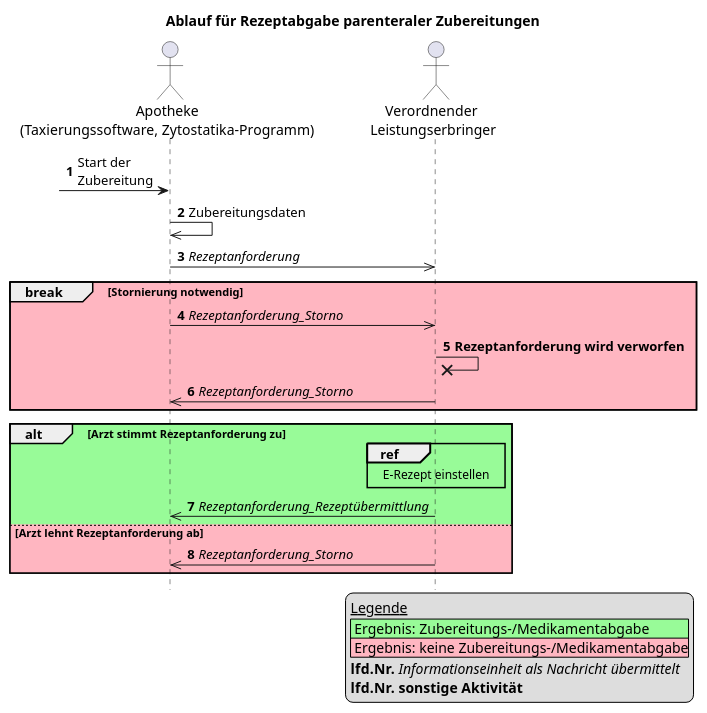
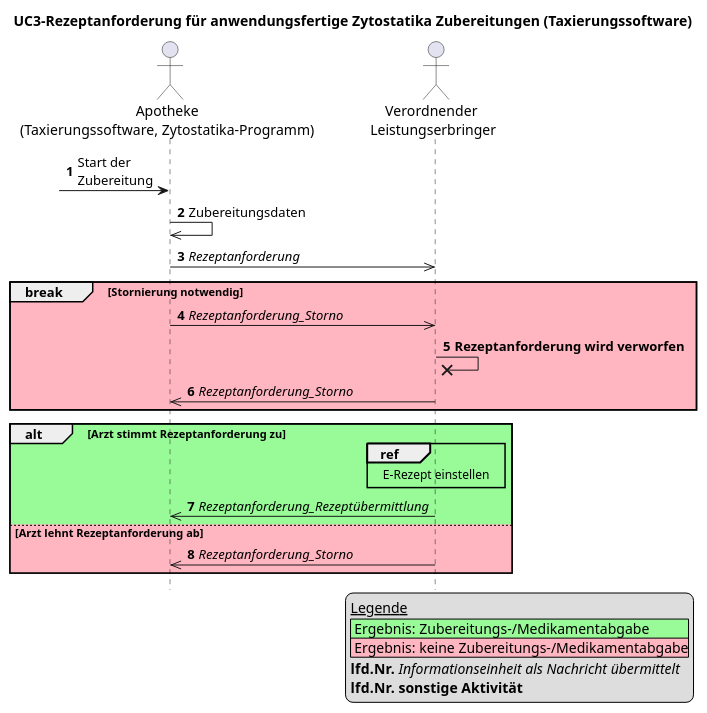
The diagram in Resources/puml/gemF_eRp_KIM/UC3-rezeptanforderung-zytostatika-taxsoftware.puml (gematik/spec-E-Rezept-ServiceRequest), drawn with PlantUML before and after one commit. The commit also changed 5 other files, not shown here.

```diff
--- a/Resources/puml/gemF_eRp_KIM/UC3-rezeptanforderung-zytostatika-taxsoftware.puml
+++ b/Resources/puml/gemF_eRp_KIM/UC3-rezeptanforderung-zytostatika-taxsoftware.puml
@@ -1,47 +1,47 @@
-@startuml name = "Rezeptanforderung-Taxierungssoftware"
+@startuml name = "UC3-Rezeptanforderung-Taxierungssoftware"
 
 
 skinparam maxMessageSize 300
 
-title Ablauf für Rezeptabgabe parenteraler Zubereitungen
+title UC3-Rezeptanforderung für anwendungsfertige Zytostatika Zubereitungen (Taxierungssoftware)
 hide footbox
 autonumber
 
 
 actor "Apotheke\n(Taxierungssoftware, Zytostatika-Programm)" as AVS
 actor "Verordnender \nLeistungserbringer" as Arzt
 
 participant "Primärsystem" as Arzt
 
 
 legend bottom right
     __Legende__
     |<#PaleGreen> Ergebnis: Zubereitungs-/Medikamentabgabe|
     |<#LightPink> Ergebnis: keine Zubereitungs-/Medikamentabgabe|
     **lfd.Nr.** //Informationseinheit als Nachricht übermittelt//
     **lfd.Nr.** **sonstige Aktivität**
 endlegend
 
 ?-> AVS: Start der \nZubereitung
 
 AVS ->> AVS: Zubereitungsdaten
 
 AVS ->> Arzt: //Rezeptanforderung//
 
 break #LightPink Stornierung notwendig
     AVS ->> Arzt: //Rezeptanforderung_Storno//
     Arzt ->x Arzt: **Rezeptanforderung wird verworfen**
     Arzt ->> AVS: //Rezeptanforderung_Storno//
 end
 
 alt #PaleGreen Arzt stimmt Rezeptanforderung zu
     ref over Arzt, Arzt #lightyellow
         E-Rezept einstellen
     end ref
     Arzt ->> AVS: //Rezeptanforderung_Rezeptübermittlung//
 else #LightPink Arzt lehnt Rezeptanforderung ab
     Arzt ->> AVS: //Rezeptanforderung_Storno//
 
 end
 
 @enduml
```
